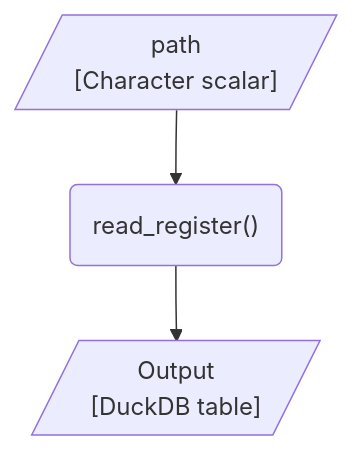
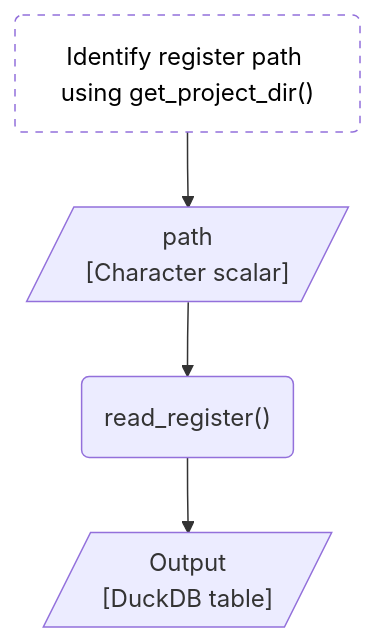
Before and after one commit to dp-next/registers2parquet: the third of 3 diagrams in vignettes/design.qmd, drawn with Mermaid. The commit also changed other lines of this file, not shown here.

Commit message:
docs: :memo: add `get_project_dir()` to design vignette

````diff
--- a/vignettes/design.qmd
+++ b/vignettes/design.qmd
@@ -98,13 +103,16 @@
 ```{mermaid}
 %%| label: fig-flow-use
 %%| fig-cap: "Expected workflow for reading a Parquet register as a DuckDB table using `read_register()`."
 %%| fig-alt: "A flowchart showing the expected flow of reading a Parquet register created with the fastreg package."
 flowchart TD
+    identify_path("Identify register path using get_project_dir()")
     path[/"path<br>[Character scalar]"/]
     read_register("read_register()")
     output[/"Output<br>[DuckDB table]"/]
 
     %% Edges
-    path --> read_register --> output
+    identify_path --> path --> read_register --> output
 
+    %% Style
+    style identify_path fill:#FFFFFF, color:#000000, stroke-dasharray: 5 5
 ```
````
